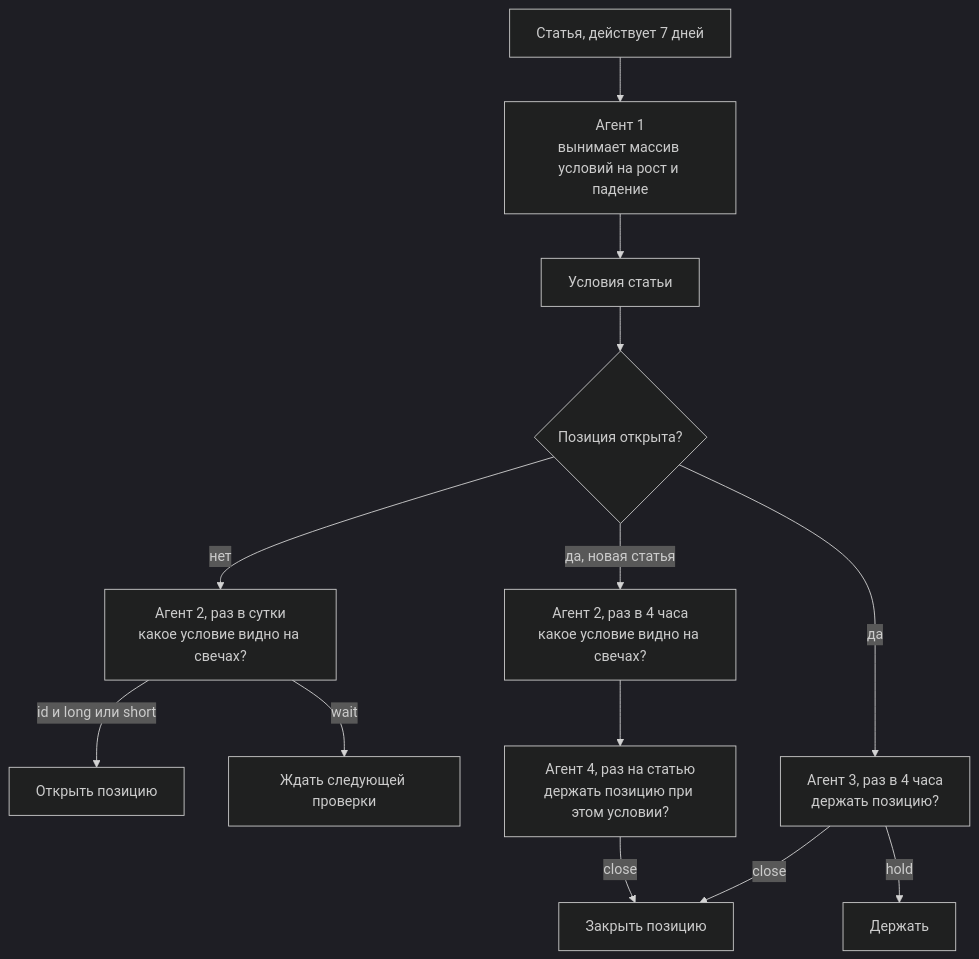
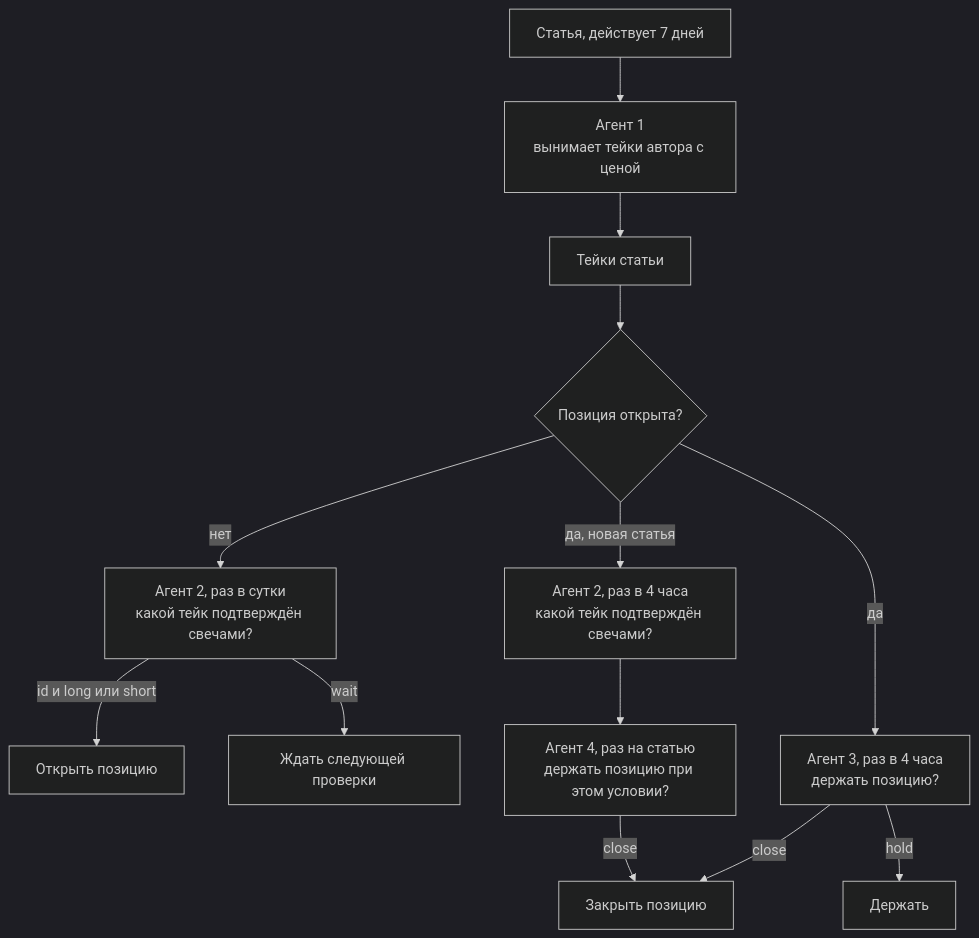
The diagram in docs/AGENT.md (backtest-kit/backtest-news-claims), drawn with Mermaid (dark theme) before and after one commit. The commit also changed other lines of this file and 10 other files, not shown here.

````diff
--- a/docs/AGENT.md
+++ b/docs/AGENT.md
@@ -7,15 +7,15 @@
 ```mermaid
 flowchart TD
-    A["Статья, действует 7 дней"] --> L1["Агент 1<br/>вынимает массив условий на рост и падение"]
-    L1 --> C["Условия статьи"]
+    A["Статья, действует 7 дней"] --> L1["Агент 1<br/>вынимает тейки автора с ценой"]
+    L1 --> C["Тейки статьи"]
     C --> Q{"Позиция открыта?"}
-    Q -- нет --> L2["Агент 2, раз в сутки<br/>какое условие видно на свечах?"]
+    Q -- нет --> L2["Агент 2, раз в сутки<br/>какой тейк подтверждён свечами?"]
     L2 -- "id и long или short" --> O["Открыть позицию"]
     L2 -- wait --> W["Ждать следующей проверки"]
     Q -- да --> L3["Агент 3, раз в 4 часа<br/>держать позицию?"]
-    Q -- "да, новая статья" --> L2A["Агент 2, раз в 4 часа<br/>какое условие видно на свечах?"]
+    Q -- "да, новая статья" --> L2A["Агент 2, раз в 4 часа<br/>какой тейк подтверждён свечами?"]
     L2A --> L4["Агент 4, раз на статью<br/>держать позицию при этом условии?"]
     L4 -- close --> X["Закрыть позицию"]
     L3 -- close --> X
     L3 -- hold --> H["Держать"]
 ```
````
